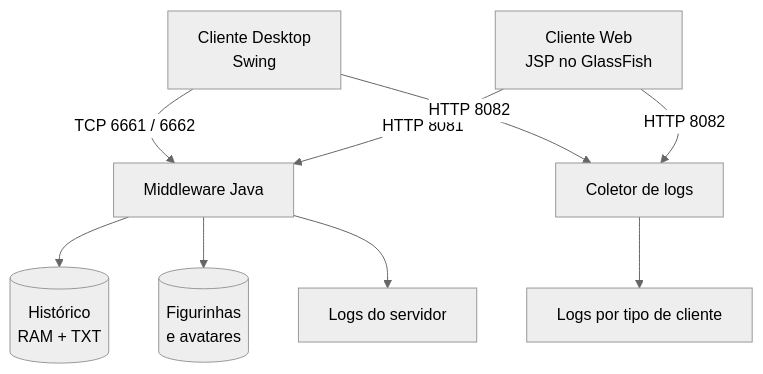
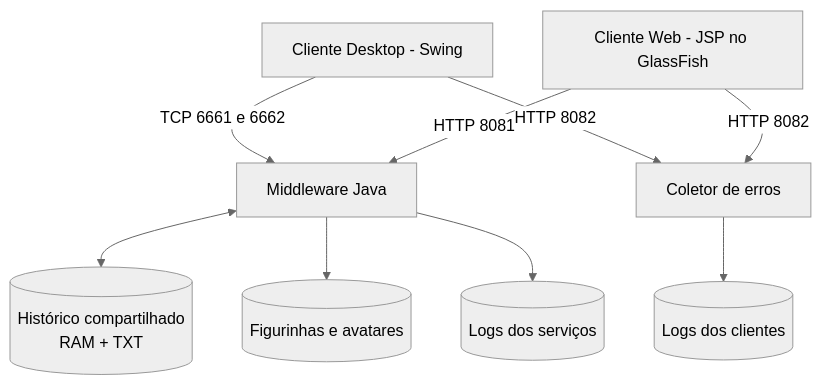
The diagram in README.md (Jottynha/Sistemas-Distribuidos-Backup), drawn with Mermaid (neutral theme) before and after one commit. The commit also changed other lines of this file, not shown here.

````diff
--- a/README.md
+++ b/README.md
@@ -32,11 +78,20 @@
 ```mermaid
 flowchart TB
-    D[Cliente Desktop\nSwing] -->|TCP 6661 / 6662| M[Middleware Java]
-    W[Cliente Web\nJSP no GlassFish] -->|HTTP 8081| M
-    D -->|HTTP 8082| L[Coletor de logs]
+    D[Cliente Desktop - Swing]
+    W[Cliente Web - JSP no GlassFish]
+    M[Middleware Java]
+    R[(Histórico compartilhado<br/>RAM + TXT)]
+    A[(Figurinhas e avatares)]
+    L[Coletor de erros]
+    LD[(Logs dos clientes)]
+    LS[(Logs dos serviços)]
+
+    D -->|TCP 6661 e 6662| M
+    W -->|HTTP 8081| M
+    D -->|HTTP 8082| L
     W -->|HTTP 8082| L
-    M --> R[(Histórico\nRAM + TXT)]
-    M --> F[(Figurinhas\ne avatares)]
-    M --> S[Logs do servidor]
-    L --> C[Logs por tipo de cliente]
+    M <--> R
+    M --> A
+    L --> LD
+    M --> LS
 ```
````
